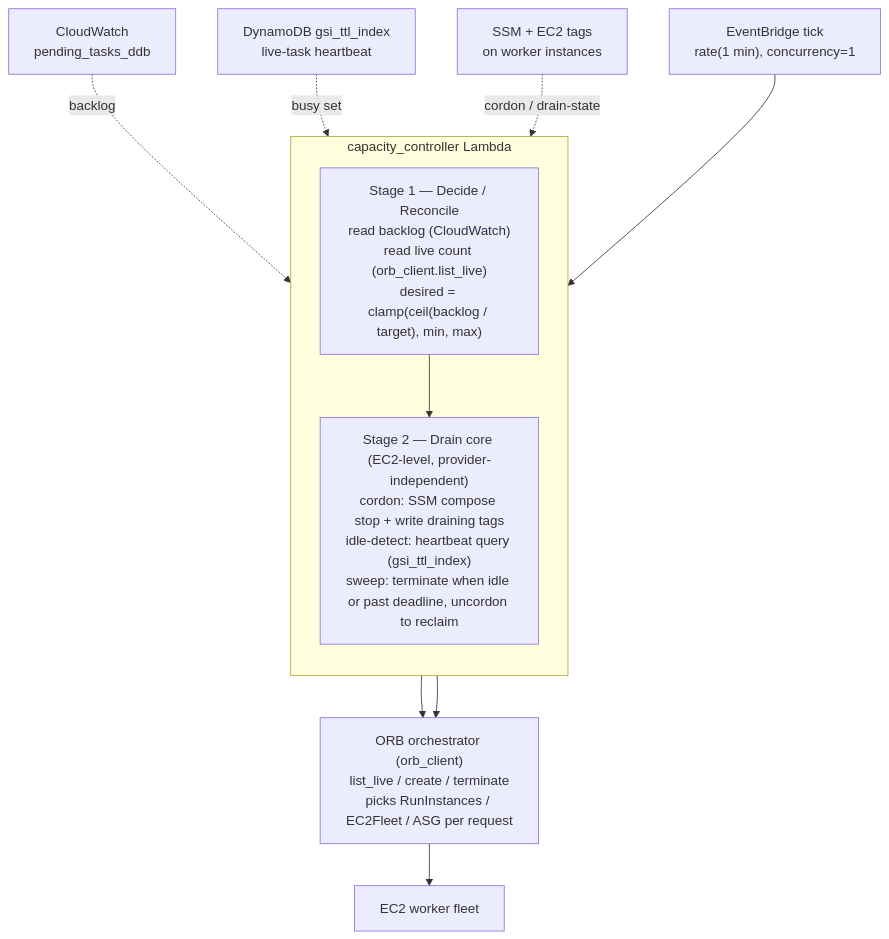
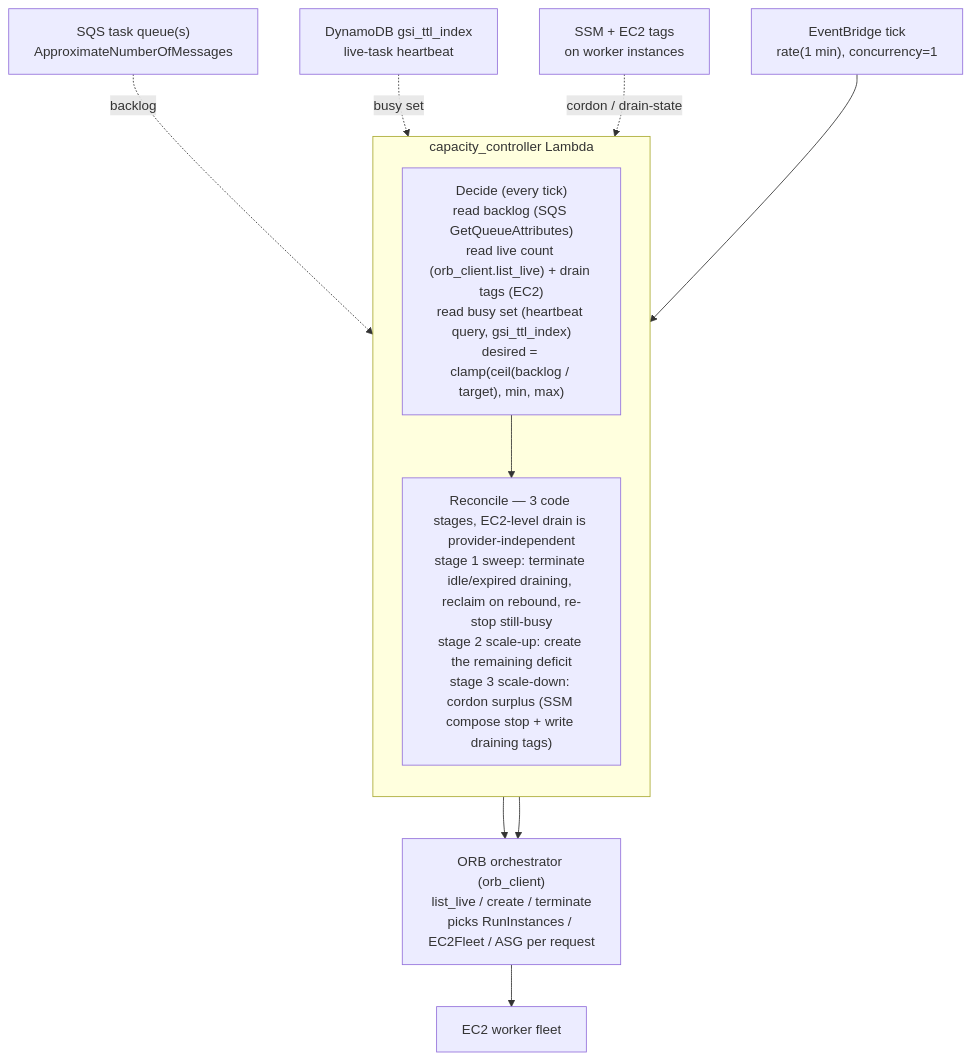
The first of 3 diagrams in docs/diagrams/ec2-scaling-down-sequence.md (kirillsc/aws-htc-grid), drawn with Mermaid before and after one commit. The commit also changed other lines of this file and 12 other files, not shown here.

First line of the commit message:
feat(aws): read SQS backlog directly in capacity_controller

````diff
--- a/docs/diagrams/ec2-scaling-down-sequence.md
+++ b/docs/diagrams/ec2-scaling-down-sequence.md
@@ -20,21 +20,21 @@
 ```mermaid
 flowchart TB
     EB["EventBridge tick<br/>rate(1 min), concurrency=1"] --> CTL
 
     subgraph CTL["capacity_controller Lambda"]
         direction TB
-        S1["Stage 1 — Decide / Reconcile<br/>read backlog (CloudWatch)<br/>read live count (orb_client.list_live)<br/>desired = clamp(ceil(backlog / target), min, max)"]
-        S2["Stage 2 — Drain core (EC2-level, provider-independent)<br/>cordon: SSM compose stop + write draining tags<br/>idle-detect: heartbeat query (gsi_ttl_index)<br/>sweep: terminate when idle or past deadline, uncordon to reclaim"]
+        S1["Decide (every tick)<br/>read backlog (SQS GetQueueAttributes)<br/>read live count (orb_client.list_live) + drain tags (EC2)<br/>read busy set (heartbeat query, gsi_ttl_index)<br/>desired = clamp(ceil(backlog / target), min, max)"]
+        S2["Reconcile — 3 code stages, EC2-level drain is provider-independent<br/>stage 1 sweep: terminate idle/expired draining, reclaim on rebound, re-stop still-busy<br/>stage 2 scale-up: create the remaining deficit<br/>stage 3 scale-down: cordon surplus (SSM compose stop + write draining tags)"]
         S1 --> S2
     end
 
     S1 --> ORB
     S2 --> ORB
 
     ORB["ORB orchestrator (orb_client)<br/>list_live / create / terminate<br/>picks RunInstances / EC2Fleet / ASG per request"]
 
-    CW["CloudWatch<br/>pending_tasks_ddb"] -.backlog.-> S1
+    SQSB["SQS task queue(s)<br/>ApproximateNumberOfMessages"] -.backlog.-> S1
     DDB["DynamoDB gsi_ttl_index<br/>live-task heartbeat"] -.busy set.-> S2
     SSM["SSM + EC2 tags<br/>on worker instances"] -.cordon / drain-state.-> S2
     ORB --> EC2["EC2 worker fleet"]
 ```
````
